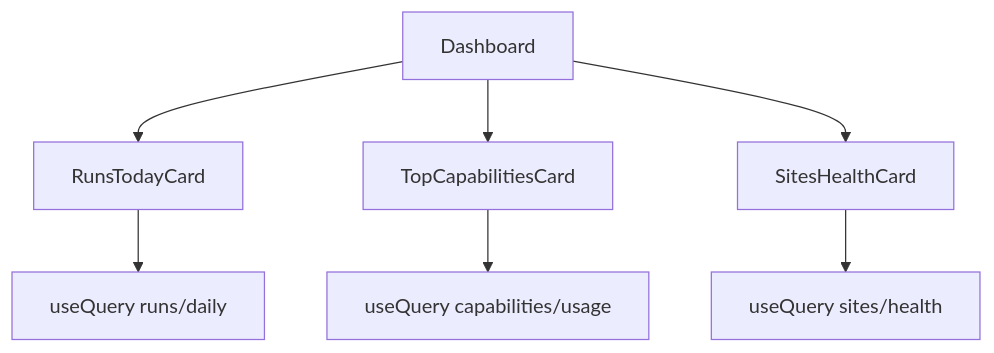
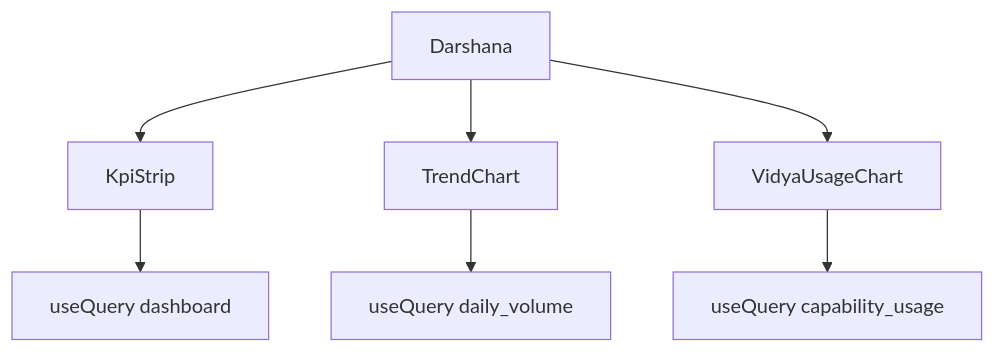
One commit to so-weak/Aakaar changed the fourth of 8 diagrams in documentation/src/04-Frontend-Architecture.md. Above: the diagram before and after it, drawn with Mermaid. The commit also changed other lines of this file and 56 other files, not shown here.

````diff
--- a/documentation/src/04-Frontend-Architecture.md
+++ b/documentation/src/04-Frontend-Architecture.md
@@ -120,9 +120,9 @@
 ```mermaid
 flowchart TD
-  D["Dashboard"] --> C1["RunsTodayCard"]
-  D --> C2["TopCapabilitiesCard"]
-  D --> C3["SitesHealthCard"]
-  C1 --> Q1["useQuery runs/daily"]
-  C2 --> Q2["useQuery capabilities/usage"]
-  C3 --> Q3["useQuery sites/health"]
+  D["Darshana"] --> C1["KpiStrip"]
+  D --> C2["TrendChart"]
+  D --> C3["VidyaUsageChart"]
+  C1 --> Q1["useQuery dashboard"]
+  C2 --> Q2["useQuery daily_volume"]
+  C3 --> Q3["useQuery capability_usage"]
 ```
````
